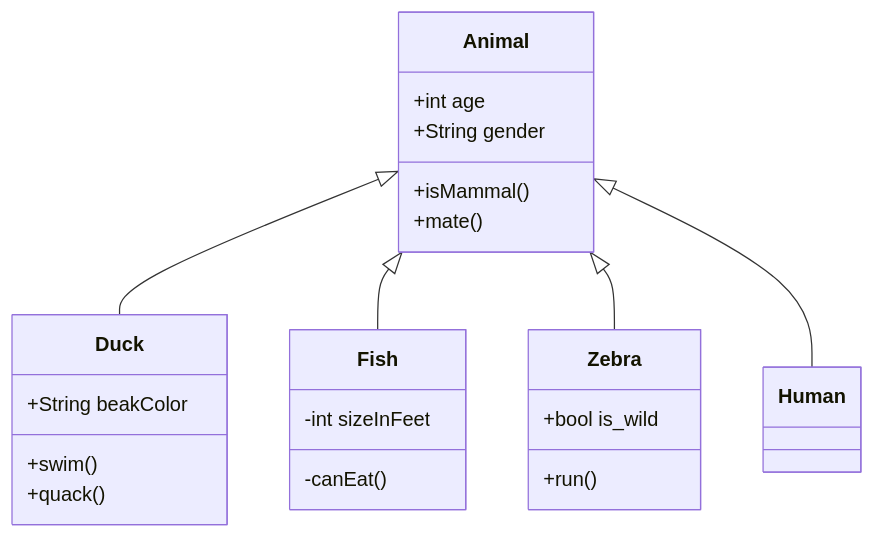
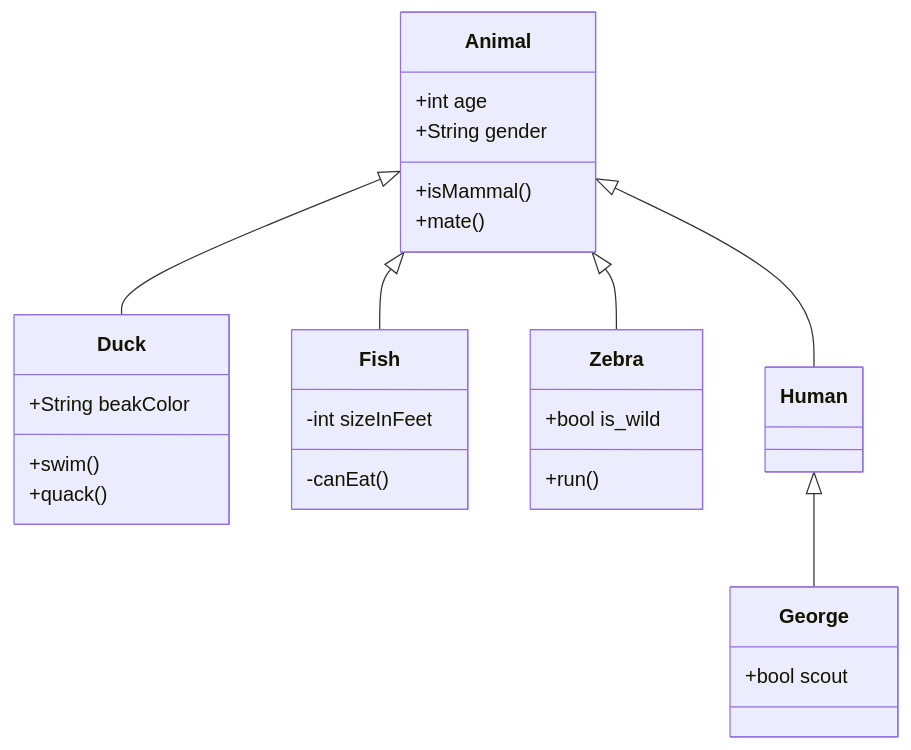
Before and after one commit to itsjihunpark/Microsoft-Word-Outliner-Clone: the diagram in docs/UMLTemplate.md, drawn with Mermaid.

````diff
--- a/docs/UMLTemplate.md
+++ b/docs/UMLTemplate.md
@@ -24,26 +24,31 @@
 ```mermaid
 classDiagram
     Animal <|-- Duck 
     Animal <|-- Fish
     Animal <|-- Zebra
     Animal <|-- Human
+    Human <|-- George
     Animal : +int age
     Animal : +String gender
     Animal: +isMammal()
     Animal: +mate()
     class Duck{
       +String beakColor
       +swim()
       +quack()
     }
     class Fish{
       -int sizeInFeet
       -canEat()
     }
     class Zebra{
       +bool is_wild
       +run()
     }
     class Human{
     }
+    class George{
+      +bool scout
+    
+    }
 ```
````
